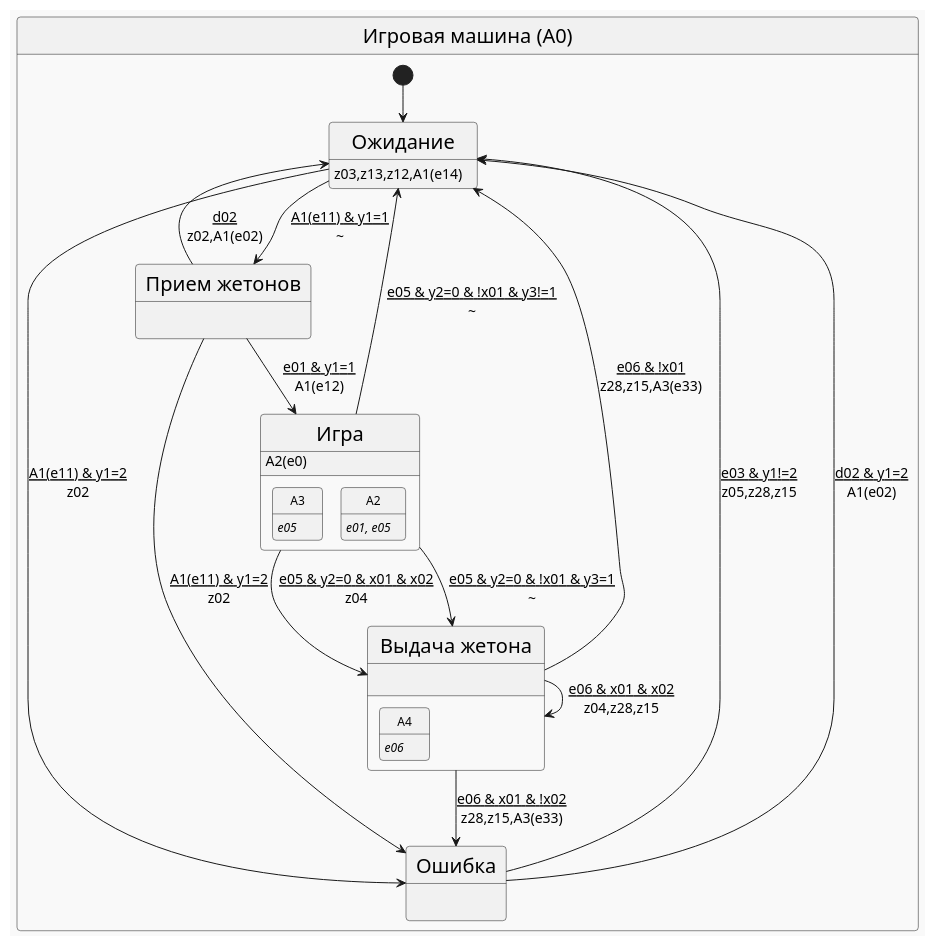
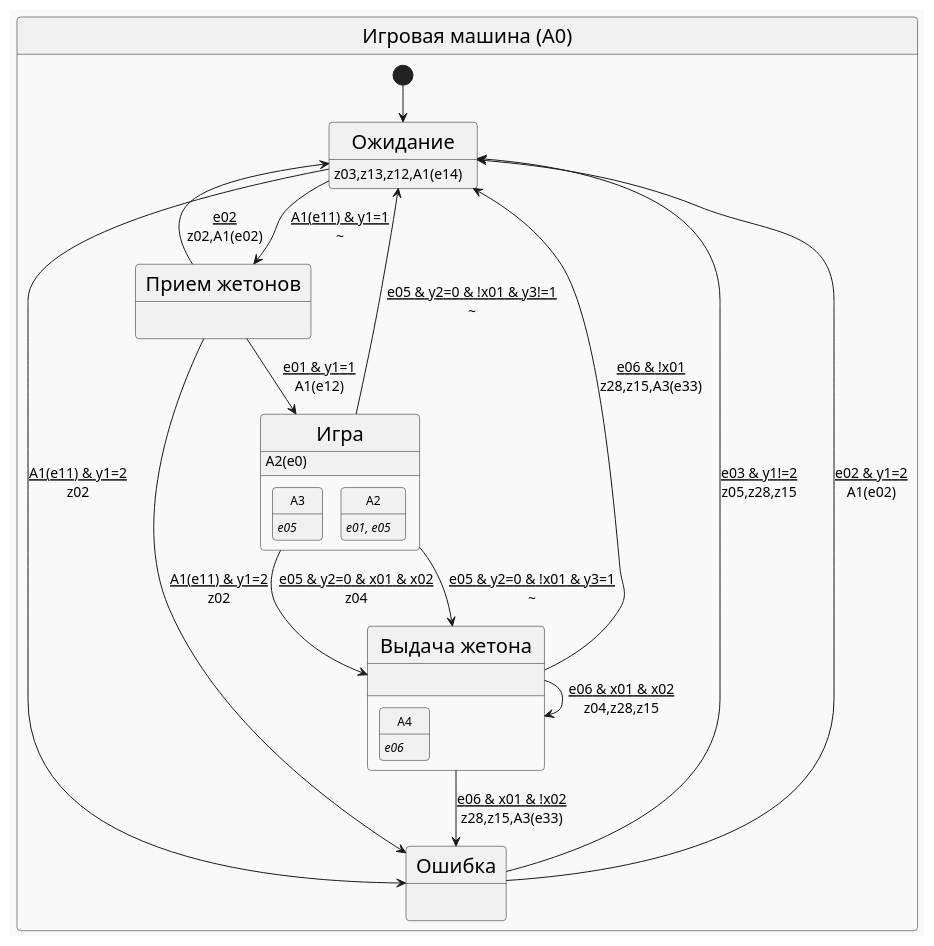
The diagram in articles/multiply_many_nested/puml/a0.puml (PhoenixNazarov/fsm-multiply), drawn with PlantUML before and after one commit. The commit also changed 6 other files, not shown here.

```diff
--- a/articles/multiply_many_nested/puml/a0.puml
+++ b/articles/multiply_many_nested/puml/a0.puml
@@ -1,33 +1,33 @@
 @startuml
 !theme mars
 skinparam stateFontSize 20
 skinparam arrowFontSize 14
 state "Игровая машина (A0)" as A0 {
     [*] --> A00
     state "Ожидание" as A00 : <size:14>z03,z13,z12,A1(e14)
     state "Прием жетонов" as A01 : 
     state "Игра" as A02 : <size:14>A2(e0)
     state "Ошибка" as A03 : 
     state "Выдача жетона" as A04 : 
     state "Игра" as A02 {
         state "<size:12>A3" as F1 : <size:12><i>e05
         state "<size:12>A2" as F2 : <size:12><i>e01, e05
     }
     state "Выдача жетона" as A04 {
         state "<size:12>A4" as F3 : <size:12><i>e06
     }
     A00 --> A01 : <u>A1(e11) & y1=1\n~
     A00 --> A03 : <u>A1(e11) & y1=2\nz02
-    A01 --> A00 : <u>d02\nz02,A1(e02)
+    A01 --> A00 : <u>e02\nz02,A1(e02)
     A01 --> A02 : <u>e01 & y1=1\nA1(e12)
     A01 --> A03 : <u>A1(e11) & y1=2\nz02
     A02 --> A04 : <u>e05 & y2=0 & x01 & x02\nz04
     A02 --> A04 : <u>e05 & y2=0 & !x01 & y3=1\n~
     A02 --> A00 : <u>e05 & y2=0 & !x01 & y3!=1\n~
     A03 --> A00 : <u>e03 & y1!=2\nz05,z28,z15
-    A03 --> A00 : <u>d02 & y1=2\nA1(e02)
+    A03 --> A00 : <u>e02 & y1=2\nA1(e02)
     A04 --> A04 : <u>e06 & x01 & x02\nz04,z28,z15
     A04 --> A03 : <u>e06 & x01 & !x02\nz28,z15,A3(e33)
     A04 --> A00 : <u>e06 & !x01\nz28,z15,A3(e33)
 }
 @enduml
```
